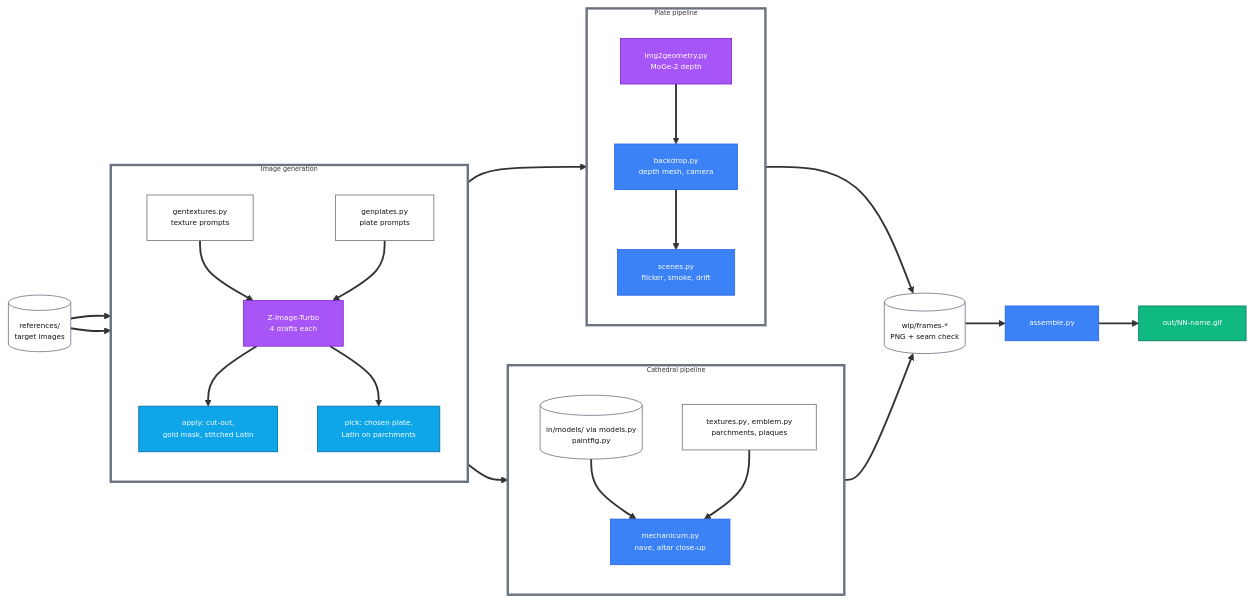
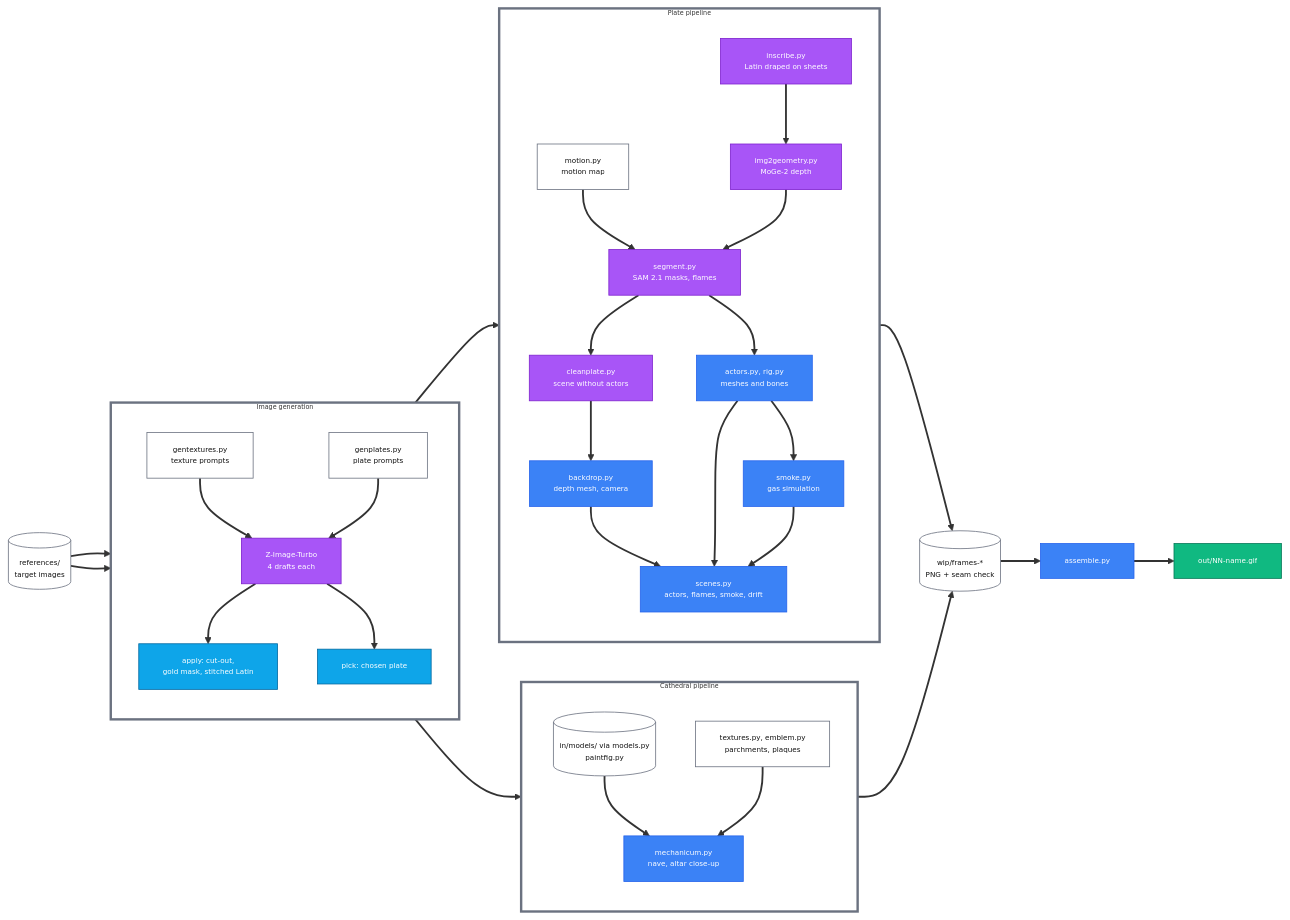
One commit to stellarshenson/funcraft changed the diagram in w40k-mechanicum/DESIGN.md. Above: the diagram before and after it, drawn with Mermaid. The commit also changed other lines of this file and 17 other files, not shown here.

First line of the commit message:
feat: drape Latin text on sheets and model each candle flame in the w40k scenes

````diff
--- a/w40k-mechanicum/DESIGN.md
+++ b/w40k-mechanicum/DESIGN.md
@@ -35,37 +46,43 @@
 ```mermaid
 %%{init: {'themeVariables': {'fontSize': '8px'}, 'themeCSS': '.cluster-label span, .cluster-label text, .edgeLabel span {color:var(--jp-ui-font-color1, var(--vscode-editor-foreground, var(--fgColor-default, #1f2937))); fill:var(--jp-ui-font-color1, var(--vscode-editor-foreground, var(--fgColor-default, #1f2937)))} @media (prefers-color-scheme: dark){.cluster-label span, .cluster-label text, .edgeLabel span {color:var(--jp-ui-font-color1, var(--vscode-editor-foreground, var(--fgColor-default, #e5e7eb))); fill:var(--jp-ui-font-color1, var(--vscode-editor-foreground, var(--fgColor-default, #e5e7eb)))}}'}}%%
 flowchart LR
     REF[(references/<br/>target images)]:::data
     subgraph GEN["Image generation"]
         direction TB
         TJ[gentextures.py<br/>texture prompts]:::data --> ZI[Z-Image-Turbo<br/>4 drafts each]:::ai
         PJ[genplates.py<br/>plate prompts]:::data --> ZI
         ZI --> AP[apply: cut-out,<br/>gold mask, stitched Latin]:::ingest
-        ZI --> PK[pick: chosen plate,<br/>Latin on parchments]:::ingest
+        ZI --> PK[pick: chosen plate]:::ingest
     end
     subgraph CAT["Cathedral pipeline"]
         direction TB
         MOD[(in/models/ via models.py<br/>paintfig.py)]:::data --> MEC[mechanicum.py<br/>nave, altar close-up]:::svc
         PIL[textures.py, emblem.py<br/>parchments, plaques]:::data --> MEC
     end
     subgraph PLT["Plate pipeline"]
         direction TB
-        MG[img2geometry.py<br/>MoGe-2 depth]:::ai --> BD[backdrop.py<br/>depth mesh, camera]:::svc --> SC[scenes.py<br/>flicker, smoke, drift]:::svc
+        INS[inscribe.py<br/>Latin draped on sheets]:::ai --> MG[img2geometry.py<br/>MoGe-2 depth]:::ai
+        MM[motion.py<br/>motion map]:::data --> SG[segment.py<br/>SAM 2.1 masks, flames]:::ai
+        MG --> SG
+        SG --> CP[cleanplate.py<br/>scene without actors]:::ai
+        CP --> BD[backdrop.py<br/>depth mesh, camera]:::svc --> SC[scenes.py<br/>actors, flames, smoke, drift]:::svc
+        SG --> AC[actors.py, rig.py<br/>meshes and bones]:::svc --> SC
+        AC --> SM[smoke.py<br/>gas simulation]:::svc --> SC
     end
     REF --> TJ
     REF --> PJ
     AP --> MEC
-    PK --> MG
+    PK --> INS
     MEC --> FR[(wip/frames-*<br/>PNG + seam check)]:::data
     SC --> FR
     FR --> AS[assemble.py]:::svc --> GIF[out/NN-name.gif]:::act
     classDef data fill:#FFFFFF,stroke:#6B7280,color:#111,font-size:9px
     classDef ingest fill:#0EA5E9,stroke:#0369A1,color:#fff,font-size:9px
     classDef svc fill:#3B82F6,stroke:#2563EB,color:#fff,font-size:9px
     classDef ai fill:#A855F7,stroke:#7E22CE,color:#fff,font-size:9px
     classDef act fill:#10B981,stroke:#047857,color:#fff,font-size:9px
     style GEN fill:none,stroke:#6b7280,stroke-width:3px
     style CAT fill:none,stroke:#6b7280,stroke-width:3px
     style PLT fill:none,stroke:#6b7280,stroke-width:3px
     linkStyle default stroke-width:2.3px
 ```
````
